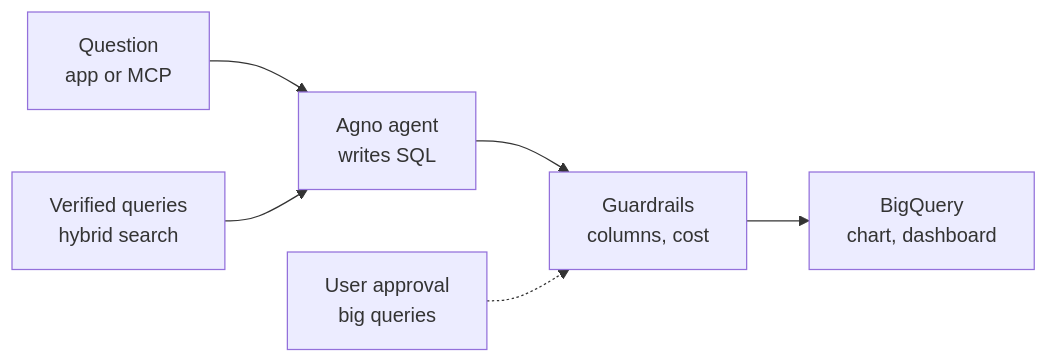
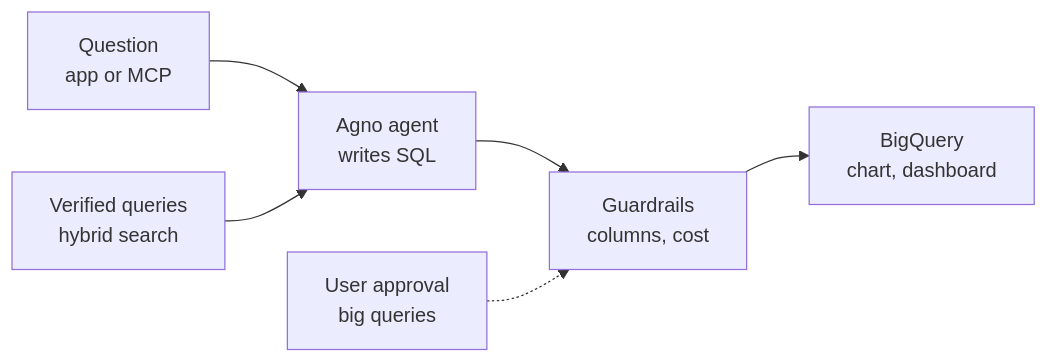
Before and after one commit to krishnapriyarajeev/krishnapriyarajeev: the first of 6 diagrams in README.md, drawn with Mermaid. The commit also changed other lines of this file, not shown here.

Commit message:
Keep diagram corners clear of GitHub's zoom buttons

````diff
--- a/README.md
+++ b/README.md
@@ -33,8 +33,10 @@
   ```mermaid
   flowchart LR
       a1["Question<br/>app or MCP"] --> a2["Agno agent<br/>writes SQL"]
       a3["Verified queries<br/>hybrid search"] --> a2
       a2 --> a4["Guardrails<br/>columns, cost"]
       a5["User approval<br/>big queries"] -.-> a4
       a4 --> a6["BigQuery<br/>chart, dashboard"]
+      a4 ~~~ a9[" "]
+      style a9 fill:none,stroke:none
   ```
````
